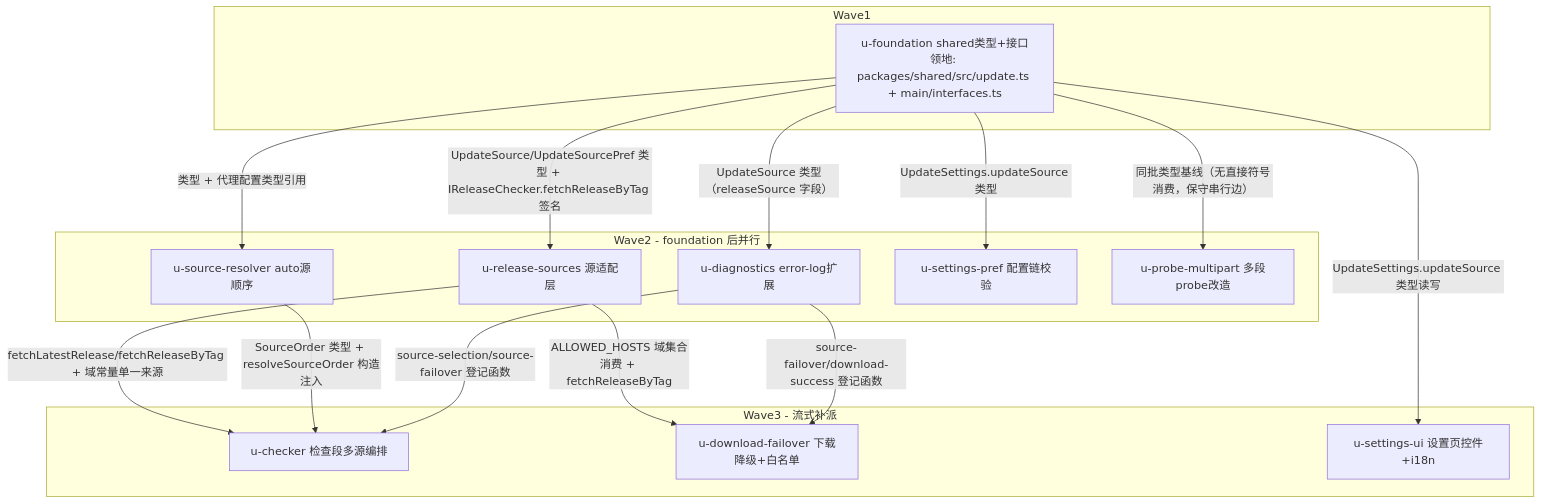
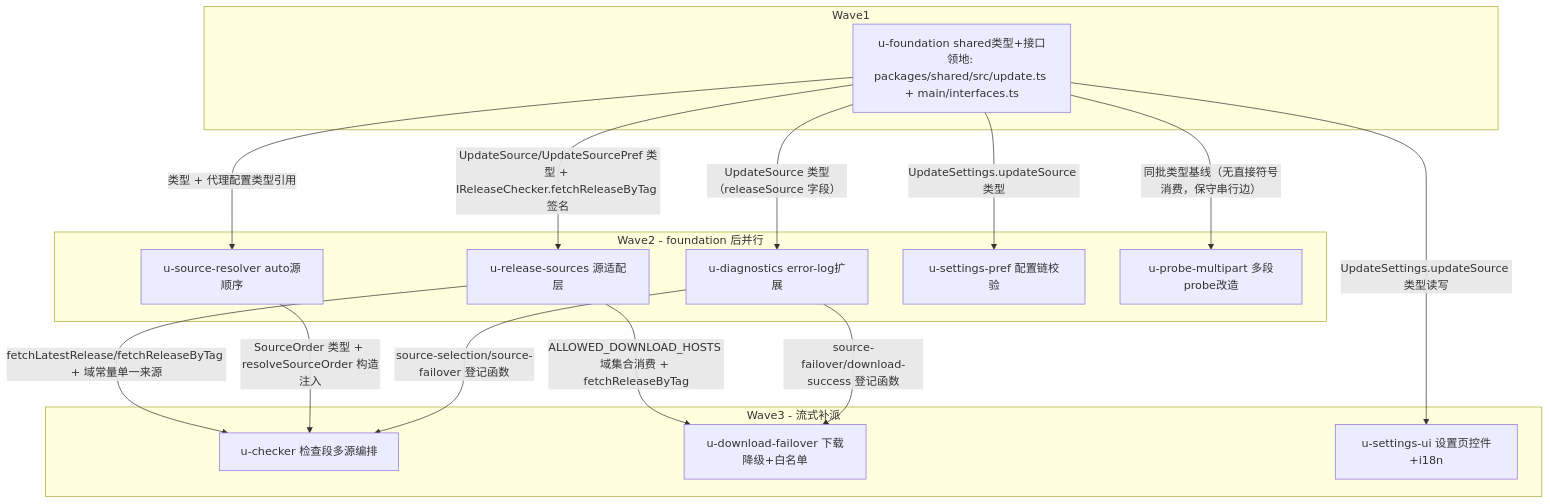
The diagram in docs/design/update-multi-source.impl-plan.md (zhushanwen321/xyz-agent), drawn with Mermaid before and after one commit. The commit also changed other lines of this file and 7 other files, not shown here.

````diff
--- a/docs/design/update-multi-source.impl-plan.md
+++ b/docs/design/update-multi-source.impl-plan.md
@@ -55,29 +55,29 @@
 ```mermaid
 graph TD
   subgraph W1[Wave1]
     U0["u-foundation shared类型+接口<br/>领地: packages/shared/src/update.ts + main/interfaces.ts"]
   end
   subgraph W2[Wave2 - foundation 后并行]
     U1["u-release-sources 源适配层"]
     U2["u-source-resolver auto源顺序"]
     U3["u-diagnostics error-log扩展"]
     U4["u-settings-pref 配置链校验"]
     U5["u-probe-multipart 多段probe改造"]
   end
   subgraph W3[Wave3 - 流式补派]
     U6["u-checker 检查段多源编排"]
     U7["u-download-failover 下载降级+白名单"]
     U8["u-settings-ui 设置页控件+i18n"]
   end
   U0 -->|"UpdateSource/UpdateSourcePref 类型 + IReleaseChecker.fetchReleaseByTag 签名"| U1
   U0 -->|"类型 + 代理配置类型引用"| U2
   U0 -->|"UpdateSource 类型（releaseSource 字段）"| U3
   U0 -->|"UpdateSettings.updateSource 类型"| U4
   U0 -->|"同批类型基线（无直接符号消费，保守串行边）"| U5
   U1 -->|"fetchLatestRelease/fetchReleaseByTag + 域常量单一来源"| U6
   U2 -->|"SourceOrder 类型 + resolveSourceOrder 构造注入"| U6
   U3 -->|"source-selection/source-failover 登记函数"| U6
-  U1 -->|"ALLOWED_HOSTS 域集合消费 + fetchReleaseByTag"| U7
+  U1 -->|"ALLOWED_DOWNLOAD_HOSTS 域集合消费 + fetchReleaseByTag"| U7
   U3 -->|"source-failover/download-success 登记函数"| U7
   U0 -->|"UpdateSettings.updateSource 类型读写"| U8
 ```
````
